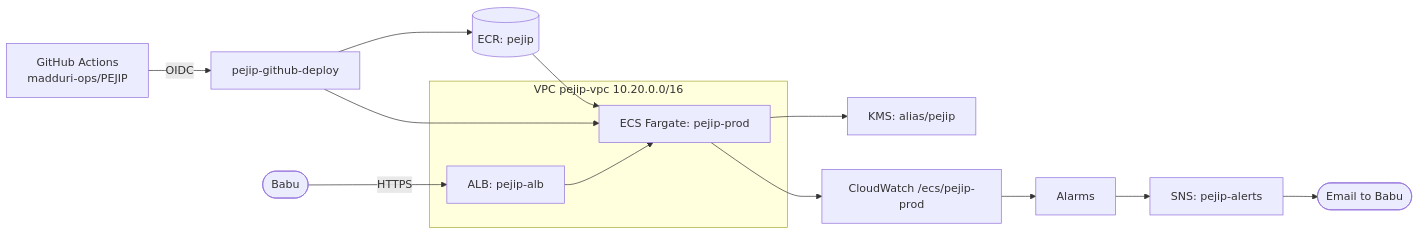
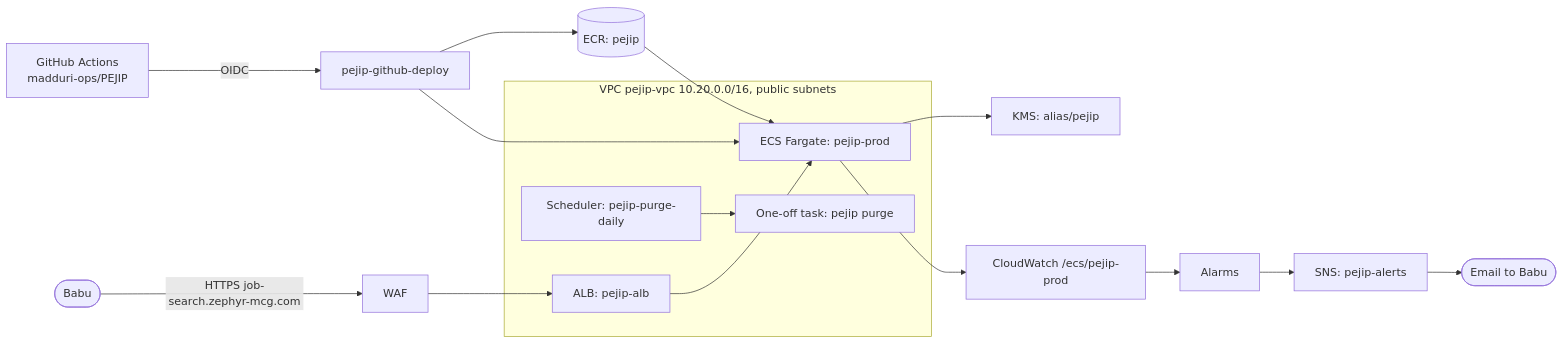
One commit to madduri-ops/PEJIP changed the second of 2 diagrams in docs/architecture/overview.md. Above: the diagram before and after it, drawn with Mermaid. The commit also changed other lines of this file and 27 other files, not shown here.

First line of the commit message:
Add app hosting and continuous deploy for job-search.zephyr-mcg.com (#21)

````diff
--- a/docs/architecture/overview.md
+++ b/docs/architecture/overview.md
@@ -39,14 +46,15 @@
 ```mermaid
 flowchart LR
     gh[GitHub Actions<br/>madduri-ops/PEJIP] -- OIDC --> role[pejip-github-deploy]
     role --> ecr[(ECR: pejip)]
     role --> svc
-    user([Babu]) -- HTTPS --> alb[ALB: pejip-alb]
-    subgraph vpc[VPC pejip-vpc 10.20.0.0/16]
+    user([Babu]) -- HTTPS job-search.zephyr-mcg.com --> waf[WAF] --> alb[ALB: pejip-alb]
+    subgraph vpc[VPC pejip-vpc 10.20.0.0/16, public subnets]
         alb --> svc[ECS Fargate: pejip-prod]
+        sched[Scheduler: pejip-purge-daily] --> purge[One-off task: pejip purge]
     end
     ecr --> svc
     svc --> kms[KMS: alias/pejip]
     svc --> logs[CloudWatch /ecs/pejip-prod]
     logs --> alarms[Alarms] --> sns[SNS: pejip-alerts] --> mail([Email to Babu])
 ```
````
